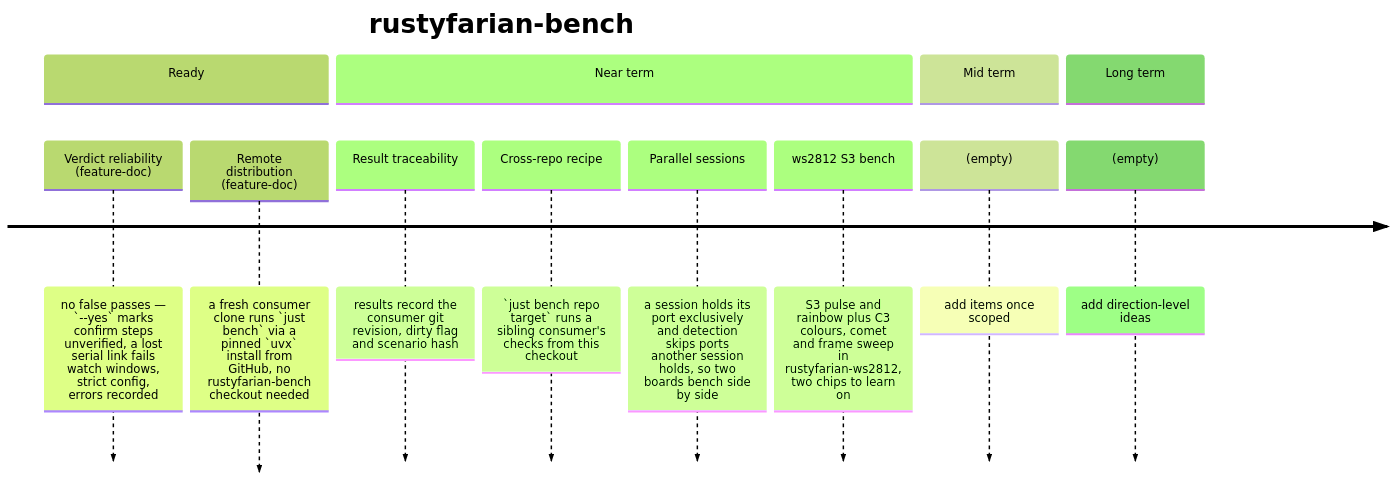
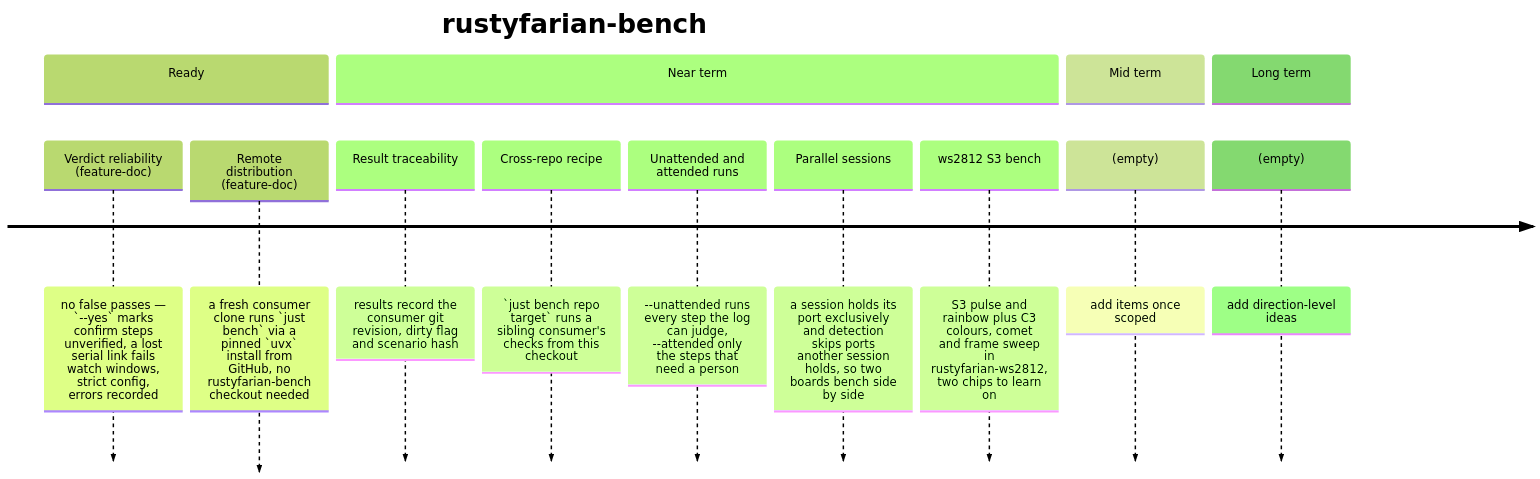
The diagram in docs/ROADMAP.md (datenkollektiv/rustyfarian-bench), drawn with Mermaid (forest theme) before and after one commit. The commit also changed 9 other files, not shown here.

Commit message:
Add `--unattended` and `--attended` runs

````diff
--- a/docs/ROADMAP.md
+++ b/docs/ROADMAP.md
@@ -8,16 +8,17 @@
 ```mermaid
 timeline
     title rustyfarian-bench
     section Ready
         Verdict reliability (feature-doc) : no false passes — `--yes` marks confirm steps unverified, a lost serial link fails watch windows, strict config, errors recorded
         Remote distribution (feature-doc) : a fresh consumer clone runs `just bench` via a pinned `uvx` install from GitHub, no rustyfarian-bench checkout needed
     section Near term
         Result traceability : results record the consumer git revision, dirty flag and scenario hash
         Cross-repo recipe : `just bench repo target` runs a sibling consumer's checks from this checkout
+        Unattended and attended runs : --unattended runs every step the log can judge, --attended only the steps that need a person
         Parallel sessions : a session holds its port exclusively and detection skips ports another session holds, so two boards bench side by side
         ws2812 S3 bench : S3 pulse and rainbow plus C3 colours, comet and frame sweep in rustyfarian-ws2812, two chips to learn on
     section Mid term
         (empty) : add items once scoped
     section Long term
         (empty) : add direction-level ideas
 ```
````
